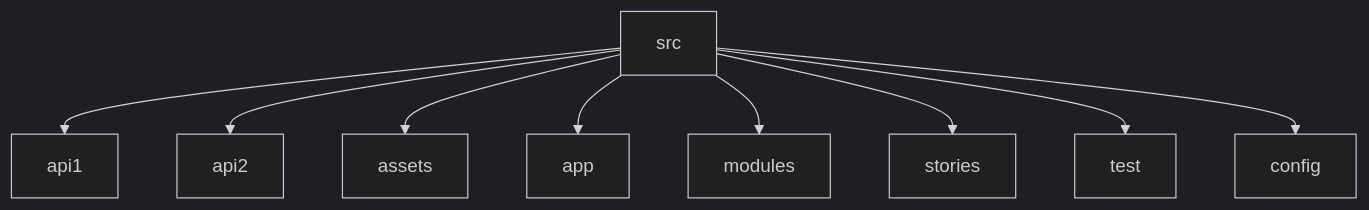
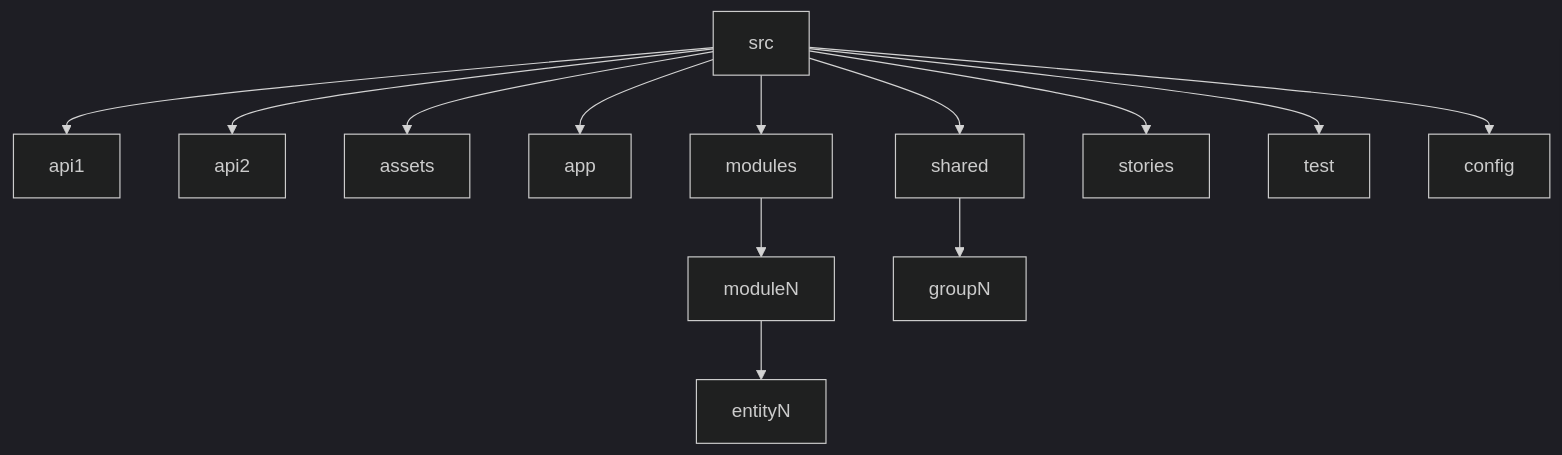
Before and after one commit to runespoor-engineering/runespoorstack: the second of 10 diagrams in apps/archive/docs/engineering-playbook/source-control/simple-react-files-stricture.mdx, drawn with Mermaid (dark theme). The commit also changed other lines of this file, not shown here.

````diff
--- a/apps/archive/docs/engineering-playbook/source-control/simple-react-files-stricture.mdx
+++ b/apps/archive/docs/engineering-playbook/source-control/simple-react-files-stricture.mdx
@@ -113,11 +113,15 @@
 ```mermaid
 graph TD
   src --> api1
   src --> api2
   src --> assets
   src --> app
   src --> modules
+  src --> shared
   src --> stories
   src --> test
   src --> config
+  modules --> moduleN
+  moduleN --> entityN
+  shared --> groupN
 ```
````
